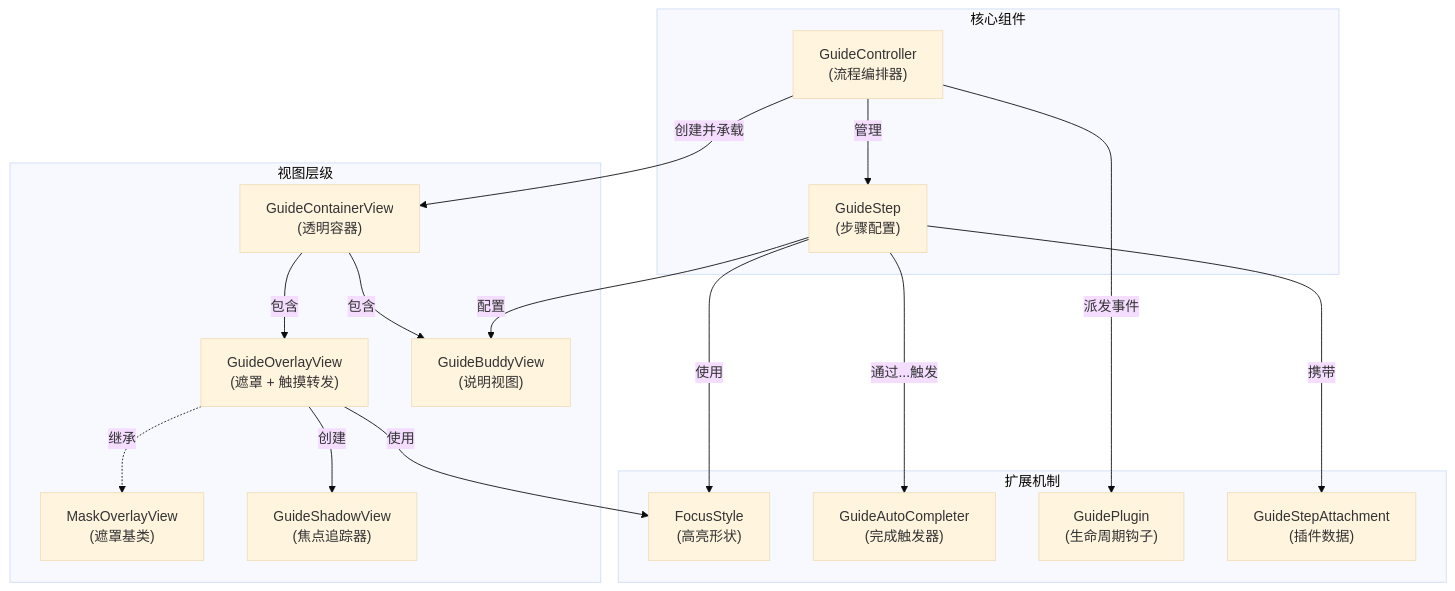
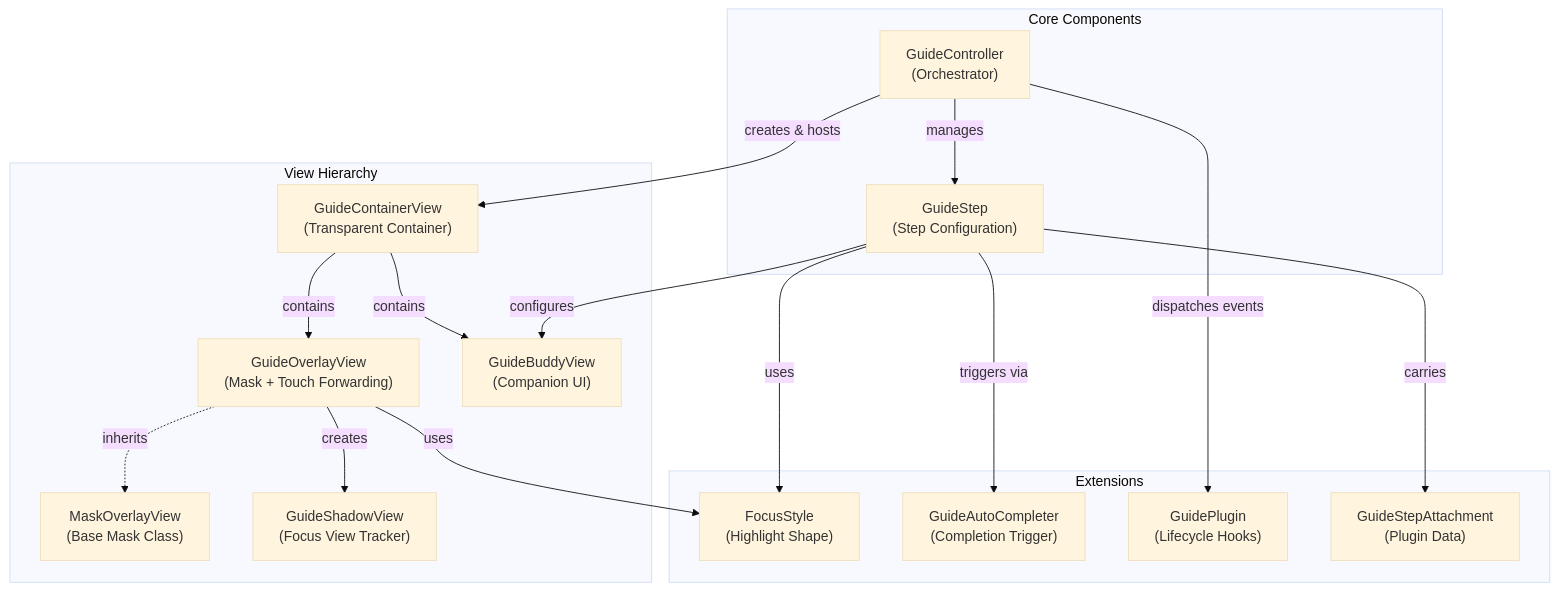
Before and after one commit to noodles1024/PolarisGuideKit: the diagram in README.md, drawn with Mermaid (base theme). The commit also changed other lines of this file and 3 other files, not shown here.

````diff
--- a/README.md
+++ b/README.md
@@ -222,38 +224,38 @@
 ```mermaid
 flowchart TB
-    subgraph Core["核心组件"]
-        GuideController["GuideController<br/>(流程编排器)"]
-        GuideStep["GuideStep<br/>(步骤配置)"]
+    subgraph Core["Core Components"]
+        GuideController["GuideController<br/>(Orchestrator)"]
+        GuideStep["GuideStep<br/>(Step Configuration)"]
     end
 
-    subgraph ViewHierarchy["视图层级"]
-        GuideContainerView["GuideContainerView<br/>(透明容器)"]
-        GuideOverlayView["GuideOverlayView<br/>(遮罩 + 触摸转发)"]
-        MaskOverlayView["MaskOverlayView<br/>(遮罩基类)"]
-        GuideBuddyView["GuideBuddyView<br/>(说明视图)"]
-        GuideShadowView["GuideShadowView<br/>(焦点追踪器)"]
+    subgraph ViewHierarchy["View Hierarchy"]
+        GuideContainerView["GuideContainerView<br/>(Transparent Container)"]
+        GuideOverlayView["GuideOverlayView<br/>(Mask + Touch Forwarding)"]
+        MaskOverlayView["MaskOverlayView<br/>(Base Mask Class)"]
+        GuideBuddyView["GuideBuddyView<br/>(Companion UI)"]
+        GuideShadowView["GuideShadowView<br/>(Focus View Tracker)"]
     end
 
-    subgraph Extensions["扩展机制"]
-        FocusStyle["FocusStyle<br/>(高亮形状)"]
-        GuideAutoCompleter["GuideAutoCompleter<br/>(完成触发器)"]
-        GuidePlugin["GuidePlugin<br/>(生命周期钩子)"]
-        GuideStepAttachment["GuideStepAttachment<br/>(插件数据)"]
+    subgraph Extensions["Extensions"]
+        FocusStyle["FocusStyle<br/>(Highlight Shape)"]
+        GuideAutoCompleter["GuideAutoCompleter<br/>(Completion Trigger)"]
+        GuidePlugin["GuidePlugin<br/>(Lifecycle Hooks)"]
+        GuideStepAttachment["GuideStepAttachment<br/>(Plugin Data)"]
     end
 
-    GuideController -->|"管理"| GuideStep
-    GuideController -->|"创建并承载"| GuideContainerView
-    GuideController -->|"派发事件"| GuidePlugin
+    GuideController -->|"manages"| GuideStep
+    GuideController -->|"creates & hosts"| GuideContainerView
+    GuideController -->|"dispatches events"| GuidePlugin
     
-    GuideContainerView -->|"包含"| GuideOverlayView
-    GuideContainerView -->|"包含"| GuideBuddyView
+    GuideContainerView -->|"contains"| GuideOverlayView
+    GuideContainerView -->|"contains"| GuideBuddyView
     
-    GuideOverlayView -.->|"继承"| MaskOverlayView
-    GuideOverlayView -->|"创建"| GuideShadowView
-    GuideOverlayView -->|"使用"| FocusStyle
+    GuideOverlayView -.->|"inherits"| MaskOverlayView
+    GuideOverlayView -->|"creates"| GuideShadowView
+    GuideOverlayView -->|"uses"| FocusStyle
     
-    GuideStep -->|"配置"| GuideBuddyView
-    GuideStep -->|"使用"| FocusStyle
-    GuideStep -->|"通过...触发"| GuideAutoCompleter
-    GuideStep -->|"携带"| GuideStepAttachment
+    GuideStep -->|"configures"| GuideBuddyView
+    GuideStep -->|"uses"| FocusStyle
+    GuideStep -->|"triggers via"| GuideAutoCompleter
+    GuideStep -->|"carries"| GuideStepAttachment
 ```
````
